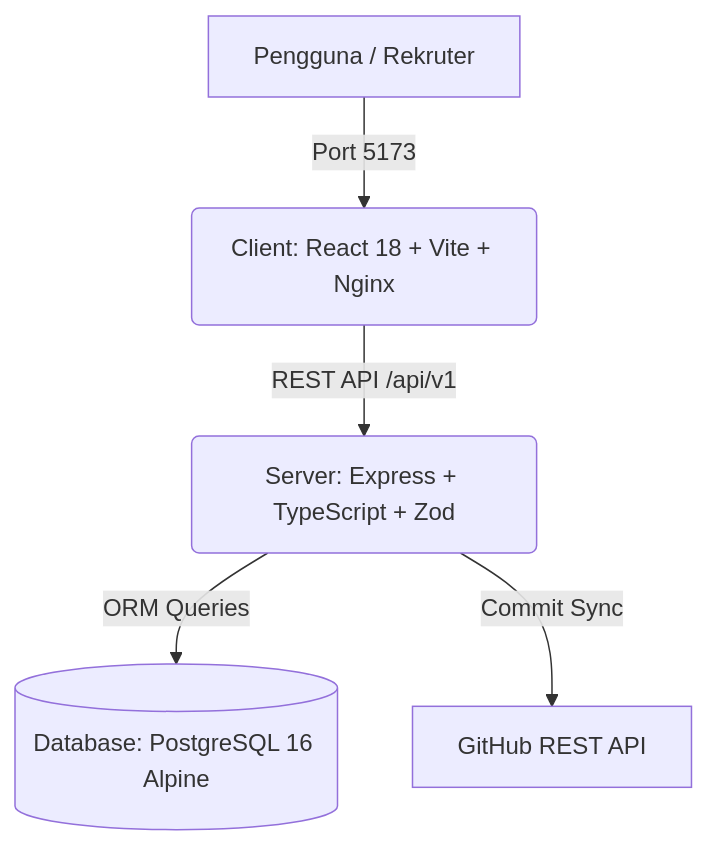
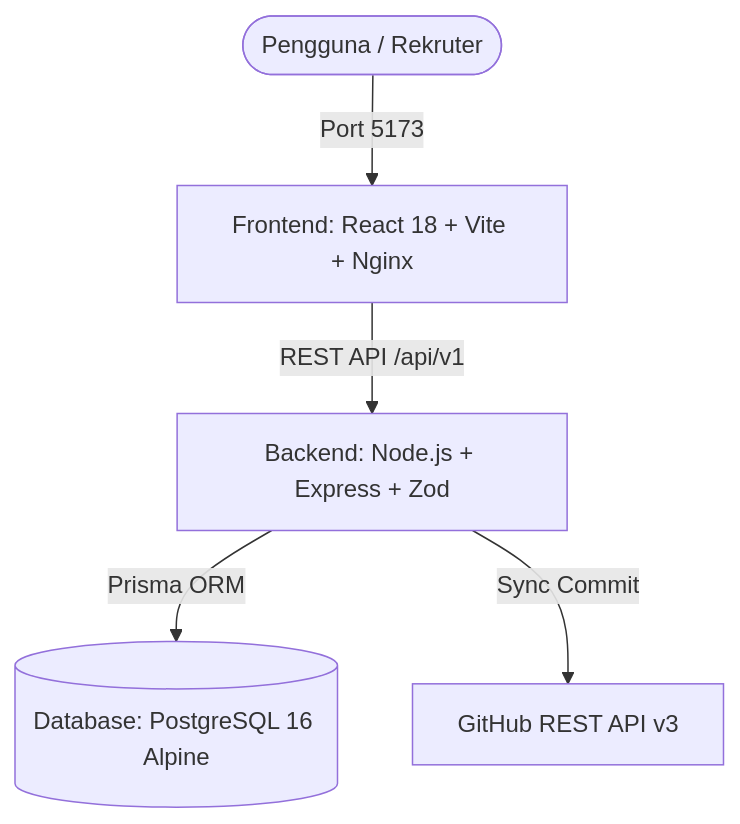
One commit to Firli-stack/Logfolio changed the diagram in README.md. Above: the diagram before and after it, drawn with Mermaid. The commit also changed other lines of this file and 2 other files, not shown here.

````diff
--- a/README.md
+++ b/README.md
@@ -43,7 +68,7 @@
 ```mermaid
 graph TD
-    A[Pengguna / Rekruter] -->|Port 5173| B(Client: React 18 + Vite + Nginx)
-    B -->|REST API /api/v1| C(Server: Express + TypeScript + Zod)
-    C -->|ORM Queries| D[(Database: PostgreSQL 16 Alpine)]
-    C -->|Commit Sync| E[GitHub REST API]
+    User([Pengguna / Rekruter]) -->|Port 5173| Client[Frontend: React 18 + Vite + Nginx]
+    Client -->|REST API /api/v1| Server[Backend: Node.js + Express + Zod]
+    Server -->|Prisma ORM| DB[(Database: PostgreSQL 16 Alpine)]
+    Server -->|Sync Commit| GitHub[GitHub REST API v3]
 ```
````
